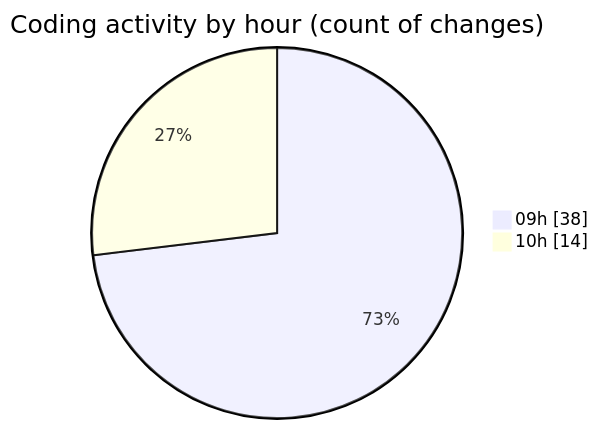
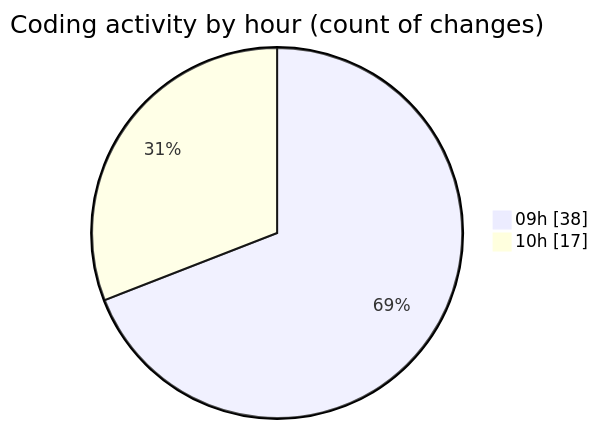
Before and after one commit to momahboobian/code-tracking: the second of 2 diagrams in 2026-10-22/cda/README.md, drawn with Mermaid. The commit also changed other lines of this file and 1 other file, not shown here.

````diff
--- a/2026-10-22/cda/README.md
+++ b/2026-10-22/cda/README.md
@@ -41,6 +41,6 @@
 ```mermaid
 pie showData
 title Coding activity by hour (count of changes)
 "09h" : 38
-"10h" : 14
+"10h" : 17
 ```
````
